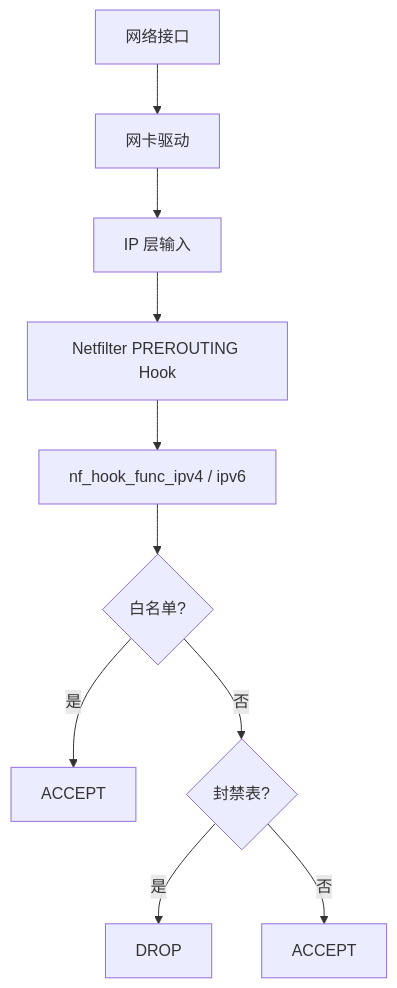
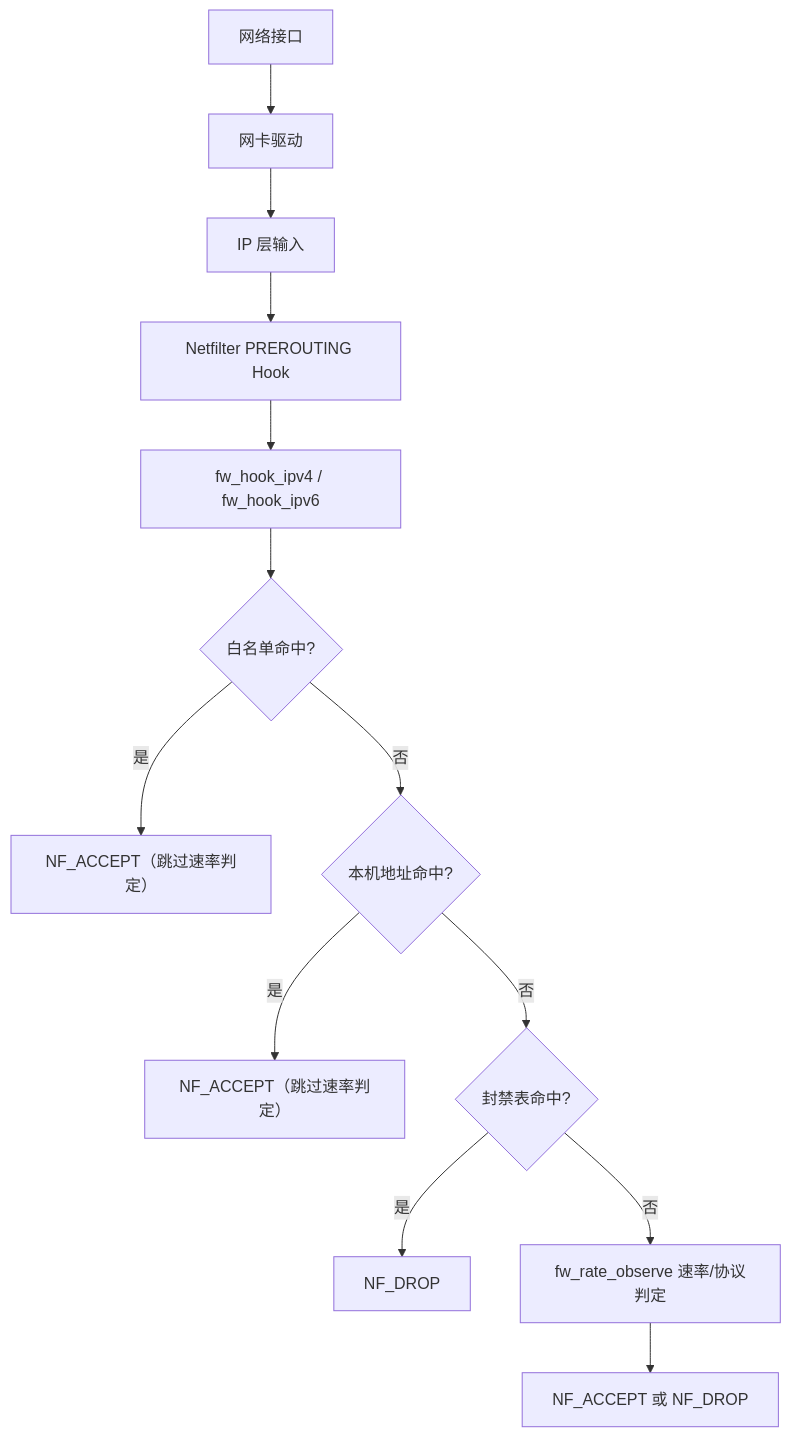
One commit to SnowCore8/linux-firewall-kmod changed the first of 6 diagrams in docs/zh/architecture/data-flow.md. Above: the diagram before and after it, drawn with Mermaid. The commit also changed other lines of this file and 1 other file, not shown here.

````diff
--- a/docs/zh/architecture/data-flow.md
+++ b/docs/zh/architecture/data-flow.md
@@ -9,12 +15,15 @@
 ```mermaid
 graph TB
     A["网络接口"] --> B["网卡驱动"]
     B --> C["IP 层输入"]
     C --> D["Netfilter PREROUTING Hook"]
-    D --> E["nf_hook_func_ipv4 / ipv6"]
-    E --> F{"白名单?"}
-    F -->|是| G["ACCEPT"]
-    F -->|否| H{"封禁表?"}
-    H -->|是| I["DROP"]
-    H -->|否| J["ACCEPT"]
+    D --> E["fw_hook_ipv4 / fw_hook_ipv6"]
+    E --> F{"白名单命中?"}
+    F -->|是| G["NF_ACCEPT（跳过速率判定）"]
+    F -->|否| H{"本机地址命中?"}
+    H -->|是| I["NF_ACCEPT（跳过速率判定）"]
+    H -->|否| J{"封禁表命中?"}
+    J -->|是| K["NF_DROP"]
+    J -->|否| L["fw_rate_observe 速率/协议判定"]
+    L --> M["NF_ACCEPT 或 NF_DROP"]
 ```
````
